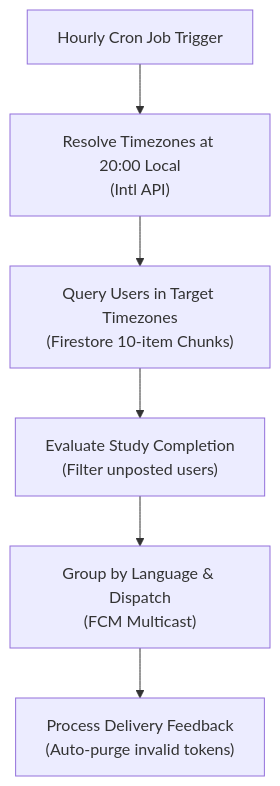
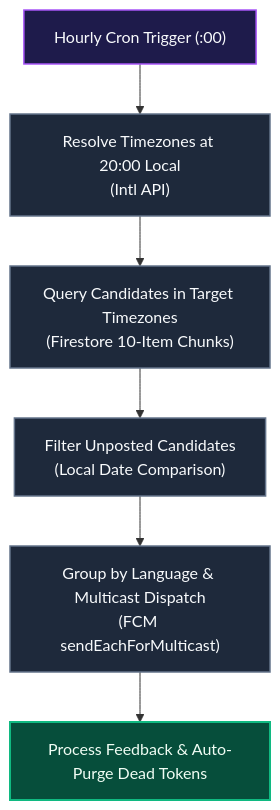
The diagram in docs/timezone-streak-reminders.md (ScriptureHabit/scripture-habit), drawn with Mermaid before and after one commit. The commit also changed other lines of this file and 57 other files, not shown here.

Commit message:
docs: refine documentation prose and add structured diagram breakdowns across JA and EN

````diff
--- a/docs/timezone-streak-reminders.md
+++ b/docs/timezone-streak-reminders.md
@@ -11,8 +11,12 @@
 ```mermaid
 flowchart TD
-    Cron["Hourly Cron Job Trigger"] --> Step1["Resolve Timezones at 20:00 Local<br/>(Intl API)"]
-    Step1 --> Step2["Query Users in Target Timezones<br/>(Firestore 10-item Chunks)"]
-    Step2 --> Step3["Evaluate Study Completion<br/>(Filter unposted users)"]
-    Step3 --> Step4["Group by Language & Dispatch<br/>(FCM Multicast)"]
-    Step4 --> Step5["Process Delivery Feedback<br/>(Auto-purge invalid tokens)"]
+    classDef step fill:#1e293b,stroke:#64748b,stroke-width:1.5px,color:#f8fafc;
+    classDef cron fill:#1e1b4b,stroke:#a855f7,stroke-width:1.5px,color:#f8fafc;
+    classDef done fill:#064e3b,stroke:#10b981,stroke-width:2px,color:#f0fdf4;
+
+    Cron["Hourly Cron Trigger (:00)"]:::cron --> Step1["Resolve Timezones at 20:00 Local<br/>(Intl API)"]:::step
+    Step1 --> Step2["Query Candidates in Target Timezones<br/>(Firestore 10-Item Chunks)"]:::step
+    Step2 --> Step3["Filter Unposted Candidates<br/>(Local Date Comparison)"]:::step
+    Step3 --> Step4["Group by Language & Multicast Dispatch<br/>(FCM sendEachForMulticast)"]:::step
+    Step4 --> Step5["Process Feedback & Auto-Purge Dead Tokens"]:::done
 ```
````
